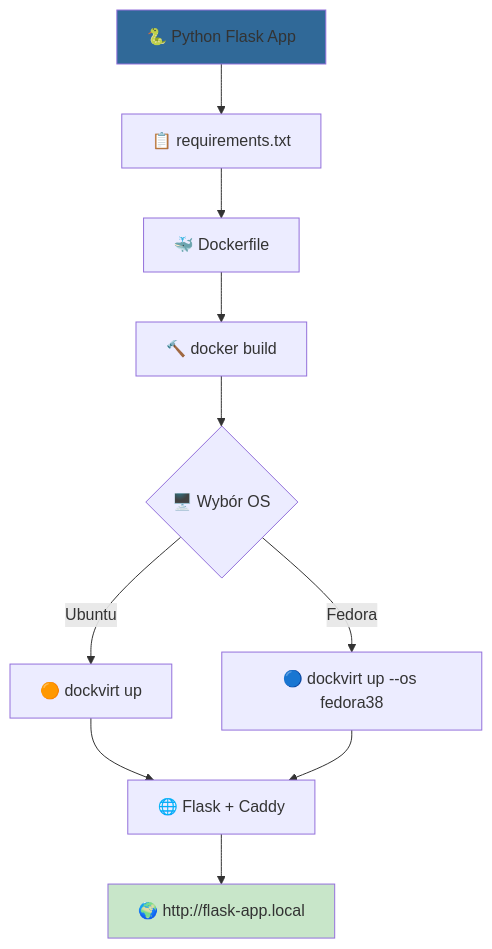
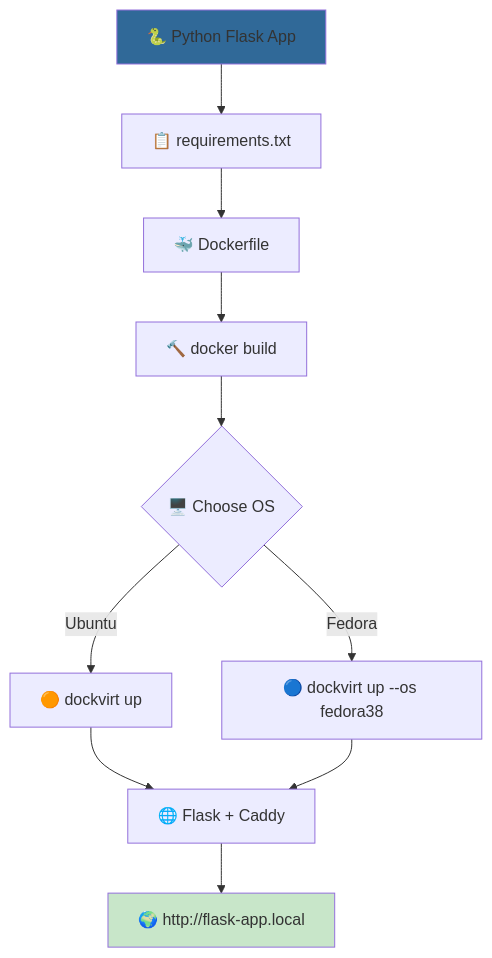
Before and after one commit to dynapsys/dockvirt: the third of 4 diagrams in examples/README.md, drawn with Mermaid. The commit also changed other lines of this file and 13 other files, not shown here.

````diff
--- a/examples/README.md
+++ b/examples/README.md
@@ -117,15 +117,15 @@
 ```mermaid
 flowchart TD
     A[🐍 Python Flask App] --> B[📋 requirements.txt]
     B --> C[🐳 Dockerfile]
     C --> D[🔨 docker build]
-    D --> E{🖥️ Wybór OS}
+    D --> E{🖥️ Choose OS}
     E -->|Ubuntu| F[🟠 dockvirt up]
     E -->|Fedora| G[🔵 dockvirt up --os fedora38]
     F --> H[🌐 Flask + Caddy]
     G --> H
     H --> I[🌍 http://flask-app.local]
     
     style A fill:#306998
     style I fill:#c8e6c9
 ```
````
